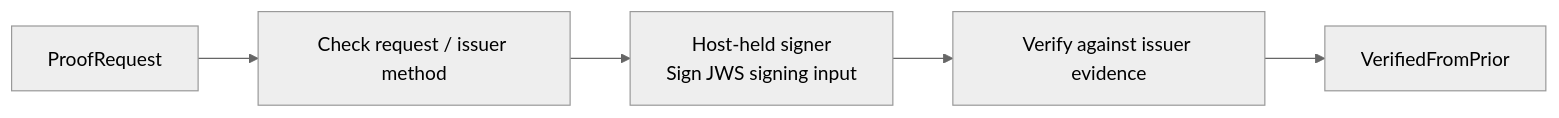
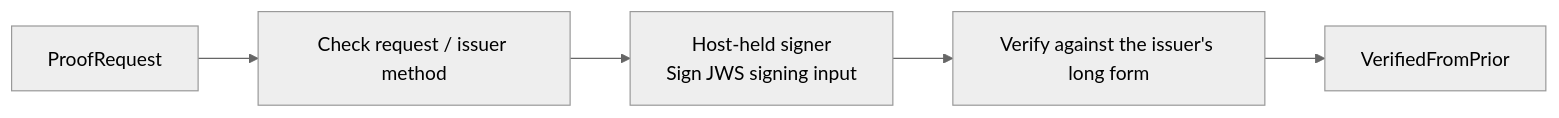
Diagram 17 of 18 in packages/continuity/docs/guide.md (estoc-dev/estoc), drawn with Mermaid (neutral theme) before and after one commit. The commit also changed other lines of this file and 3 other files, not shown here.

````diff
--- a/packages/continuity/docs/guide.md
+++ b/packages/continuity/docs/guide.md
@@ -556,7 +545,7 @@
 ```mermaid
 flowchart LR
     R["ProofRequest"] --> P["Check request / issuer method"]
     P --> S["Host-held signer<br/>Sign JWS signing input"]
-    S --> V["Verify against issuer evidence"]
+    S --> V["Verify against the issuer's long form"]
     V --> O["VerifiedFromPrior"]
 ```
````
